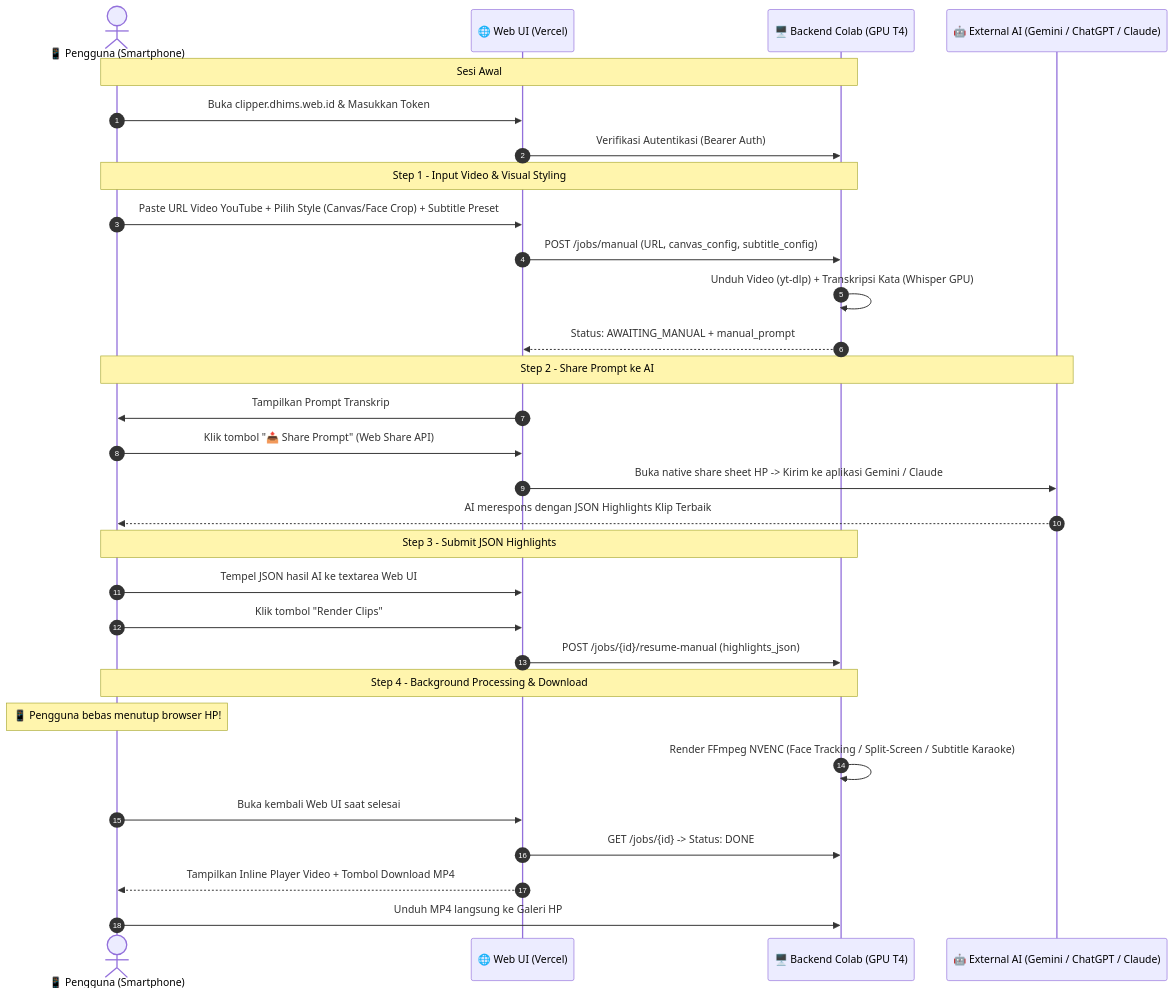
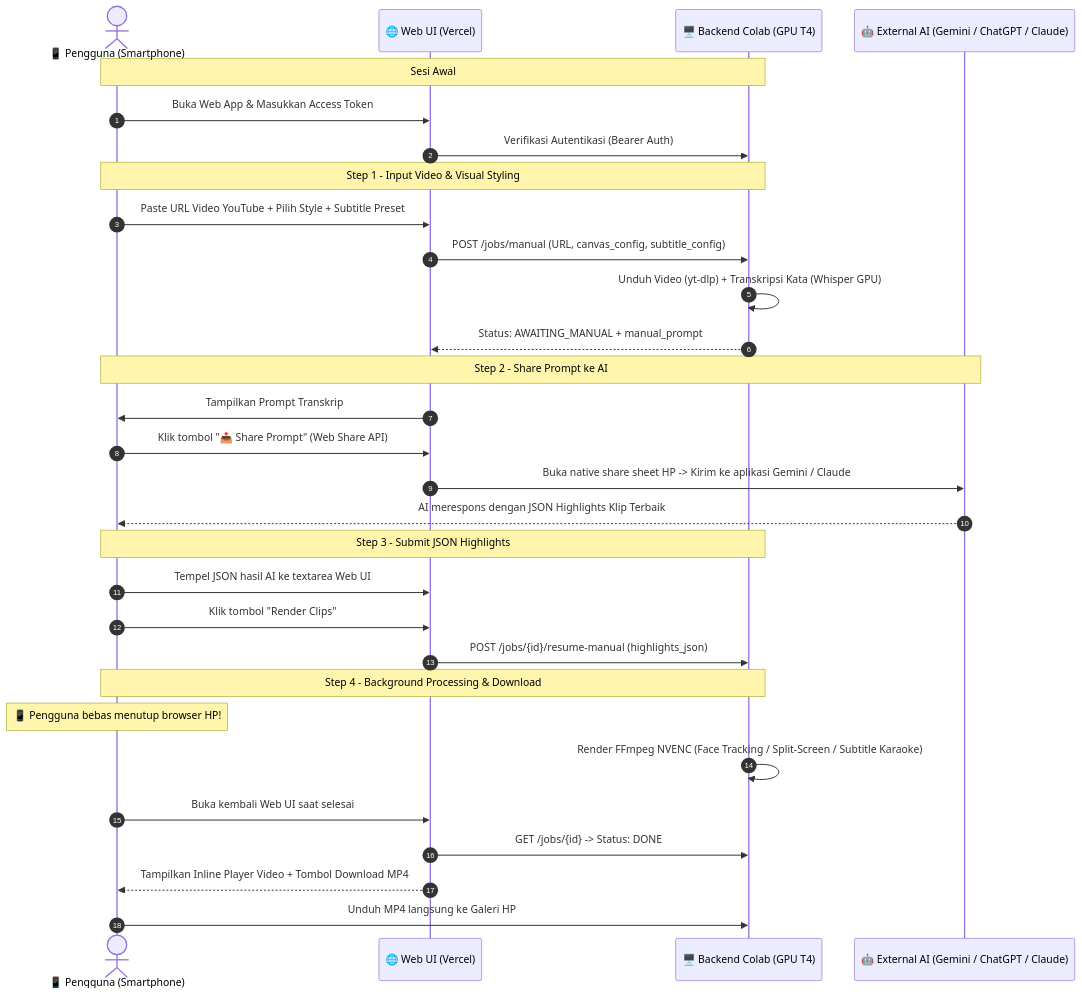
Before and after one commit to DhimasPH/auto-clipper: the second of 2 diagrams in docs/tutorial-auto-clipper-cloud.md, drawn with Mermaid. The commit also changed other lines of this file and 1 other file, not shown here.

````diff
--- a/docs/tutorial-auto-clipper-cloud.md
+++ b/docs/tutorial-auto-clipper-cloud.md
@@ -301,37 +315,37 @@
 ```mermaid
 sequenceDiagram
     autonumber
     actor User as 📱 Pengguna (Smartphone)
     participant Web as 🌐 Web UI (Vercel)
     participant Colab as 🖥️ Backend Colab (GPU T4)
     participant AI as 🤖 External AI (Gemini / ChatGPT / Claude)
 
     Note over User,Colab: Sesi Awal
-    User->>Web: Buka clipper.dhims.web.id & Masukkan Token
+    User->>Web: Buka Web App & Masukkan Access Token
     Web->>Colab: Verifikasi Autentikasi (Bearer Auth)
 
     Note over User,Colab: Step 1 - Input Video & Visual Styling
-    User->>Web: Paste URL Video YouTube + Pilih Style (Canvas/Face Crop) + Subtitle Preset
+    User->>Web: Paste URL Video YouTube + Pilih Style + Subtitle Preset
     Web->>Colab: POST /jobs/manual (URL, canvas_config, subtitle_config)
     Colab->>Colab: Unduh Video (yt-dlp) + Transkripsi Kata (Whisper GPU)
     Colab-->>Web: Status: AWAITING_MANUAL + manual_prompt
 
     Note over User,AI: Step 2 - Share Prompt ke AI
     Web->>User: Tampilkan Prompt Transkrip
     User->>Web: Klik tombol "📤 Share Prompt" (Web Share API)
     Web->>AI: Buka native share sheet HP -> Kirim ke aplikasi Gemini / Claude
     AI-->>User: AI merespons dengan JSON Highlights Klip Terbaik
 
     Note over User,Colab: Step 3 - Submit JSON Highlights
     User->>Web: Tempel JSON hasil AI ke textarea Web UI
     User->>Web: Klik tombol "Render Clips"
     Web->>Colab: POST /jobs/{id}/resume-manual (highlights_json)
 
     Note over User,Colab: Step 4 - Background Processing & Download
     Note over User: 📱 Pengguna bebas menutup browser HP!
     Colab->>Colab: Render FFmpeg NVENC (Face Tracking / Split-Screen / Subtitle Karaoke)
     User->>Web: Buka kembali Web UI saat selesai
     Web->>Colab: GET /jobs/{id} -> Status: DONE
     Web-->>User: Tampilkan Inline Player Video + Tombol Download MP4
     User->>Colab: Unduh MP4 langsung ke Galeri HP
 ```
````
